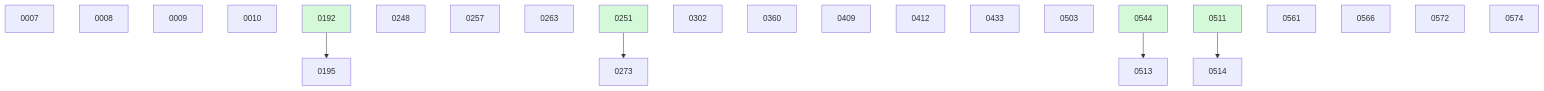
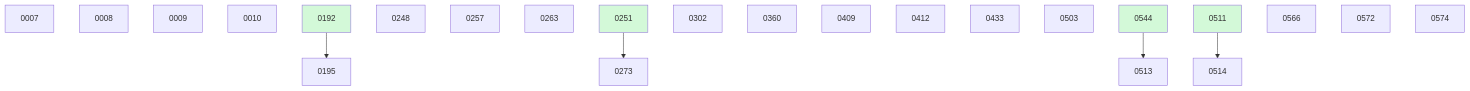
The diagram in docs/changes/BOARD.md (danielhanold/docket), drawn with Mermaid before and after one commit. The commit also changed other lines of this file and 4 other files, not shown here.

````diff
--- a/docs/changes/BOARD.md
+++ b/docs/changes/BOARD.md
@@ -41,29 +35,28 @@
 ```mermaid
 graph TD
   0007
   0008
   0009
   0010
   0192 --> 0195
   0248
   0257
   0263
   0251 --> 0273
   0302
   0360
   0409
   0412
   0433
   0503
   0544 --> 0513
   0511 --> 0514
-  0561
   0566
   0572
   0574
   0192:::done
   0251:::done
   0511:::done
   0544:::done
   classDef done fill:#d3f9d8;
 ```
````
